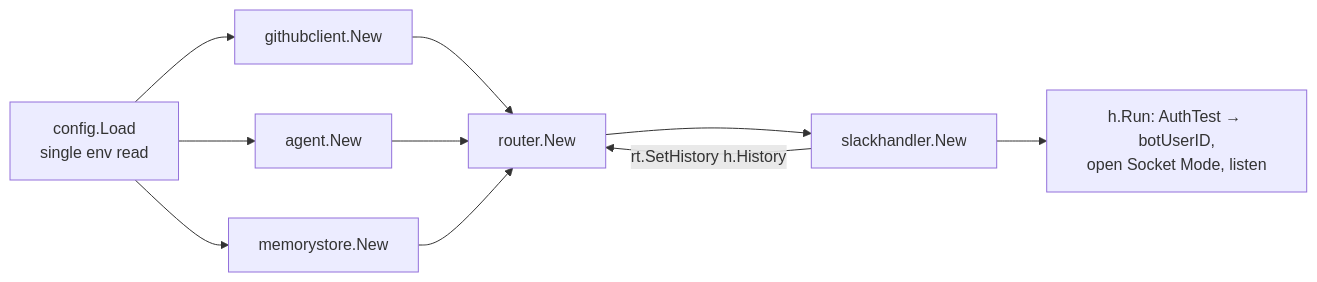
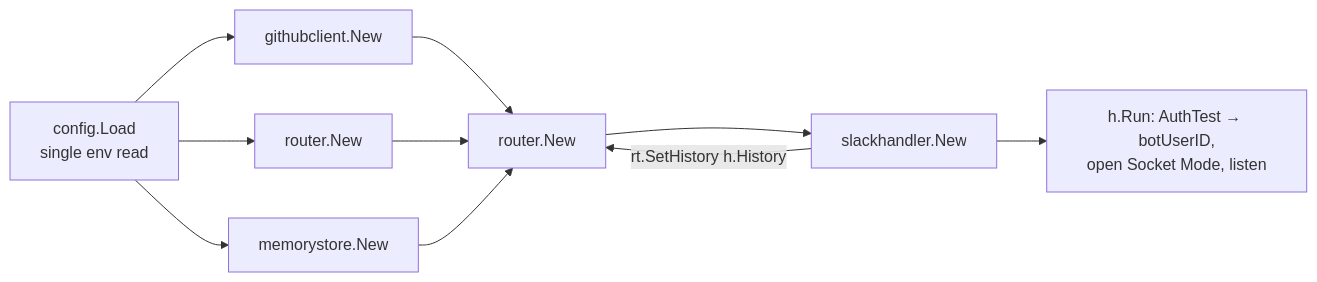
One commit to hetsaraiya/spores changed the first of 5 diagrams in ARCHITECTURE.md. Above: the diagram before and after it, drawn with Mermaid. The commit also changed other lines of this file and 10 other files, not shown here.

Commit message:
refactor: remove agent package, streamline router logic, and enhance memory handling

````diff
--- a/ARCHITECTURE.md
+++ b/ARCHITECTURE.md
@@ -14,10 +14,10 @@
 ```mermaid
 flowchart LR
     ENV[config.Load\nsingle env read] --> GH[githubclient.New]
-    ENV --> AG[agent.New]
+    ENV --> AG[router.New]
     ENV --> MS[memorystore.New]
     GH & AG & MS --> RT[router.New]
     RT --> SH[slackhandler.New]
     SH -->|rt.SetHistory h.History| RT
     SH --> RUN[h.Run: AuthTest → botUserID,\nopen Socket Mode, listen]
 ```
````
